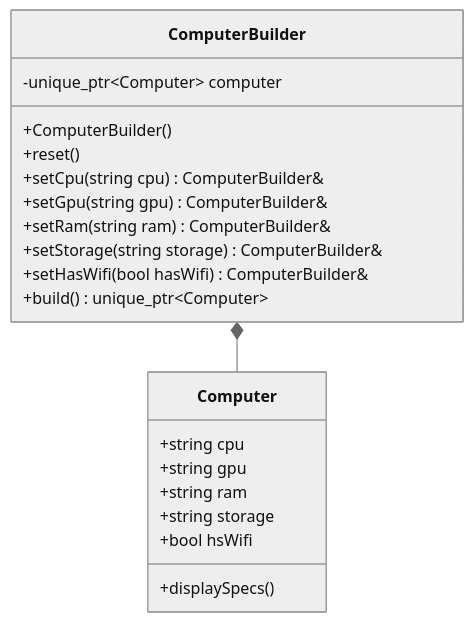
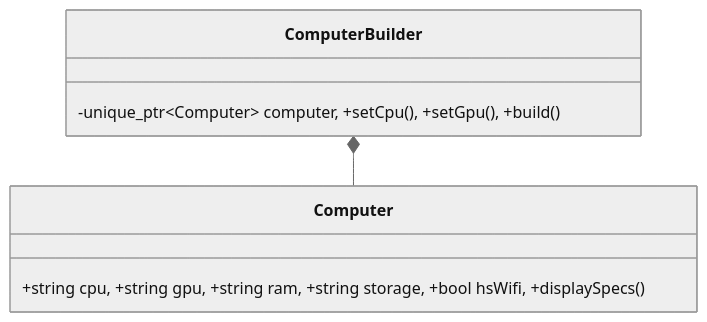
Before and after one commit to divyap271/systemDesign: the seventh of 22 diagrams in readme.md, drawn with Mermaid (neutral theme). The commit also changed other lines of this file, not shown here.

````diff
--- a/readme.md
+++ b/readme.md
@@ -147,23 +125,6 @@
 ```mermaid
 classDiagram
-    class Computer {
-        +string cpu
-        +string gpu
-        +string ram
-        +string storage
-        +bool hsWifi
-        +displaySpecs()
-    }
-    class ComputerBuilder {
-        -unique_ptr~Computer~ computer
-        +ComputerBuilder()
-        +reset()
-        +setCpu(string cpu) ComputerBuilder&
-        +setGpu(string gpu) ComputerBuilder&
-        +setRam(string ram) ComputerBuilder&
-        +setStorage(string storage) ComputerBuilder&
-        +setHasWifi(bool hasWifi) ComputerBuilder&
-        +build() unique_ptr~Computer~
-    }
+    class Computer { +string cpu, +string gpu, +string ram, +string storage, +bool hsWifi, +displaySpecs() }
+    class ComputerBuilder { -unique_ptr~Computer~ computer, +setCpu(), +setGpu(), +build() }
     ComputerBuilder *-- Computer
 ```
````
